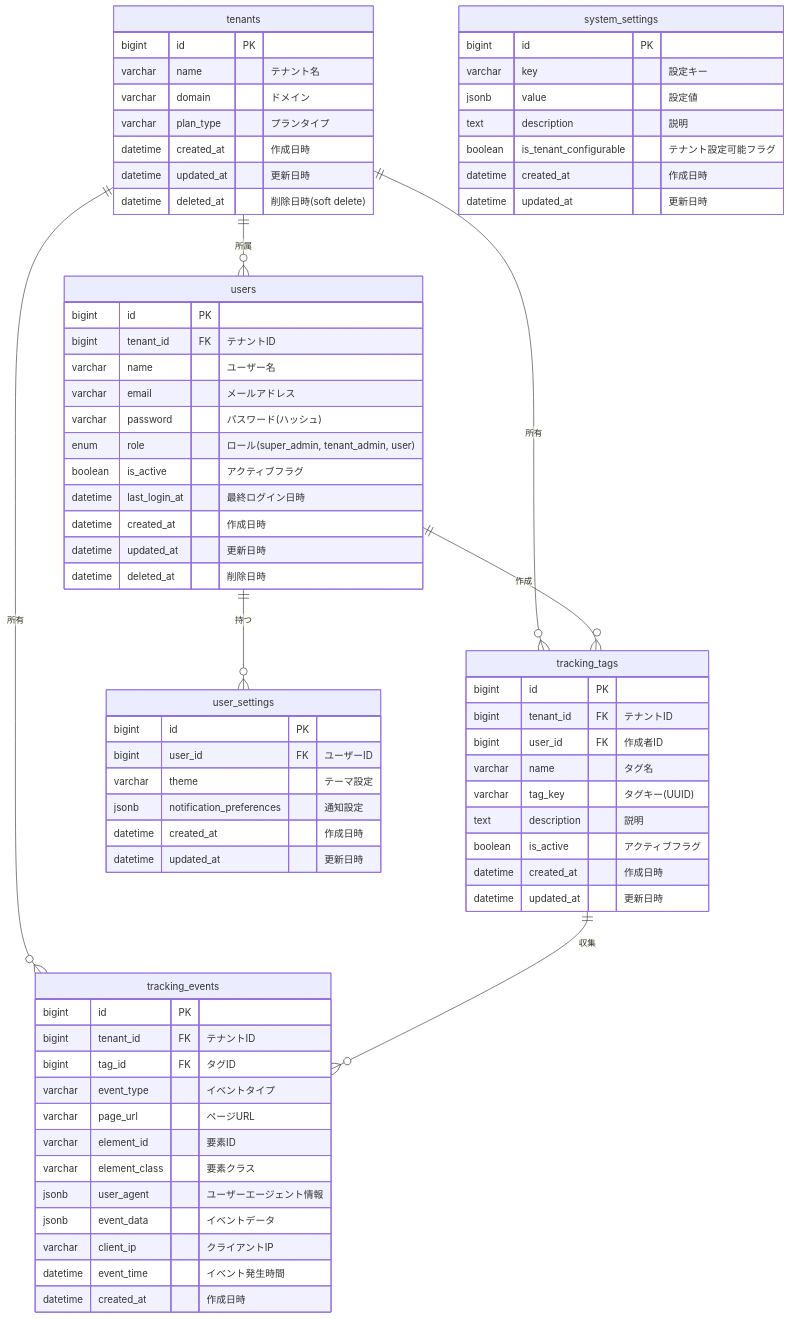
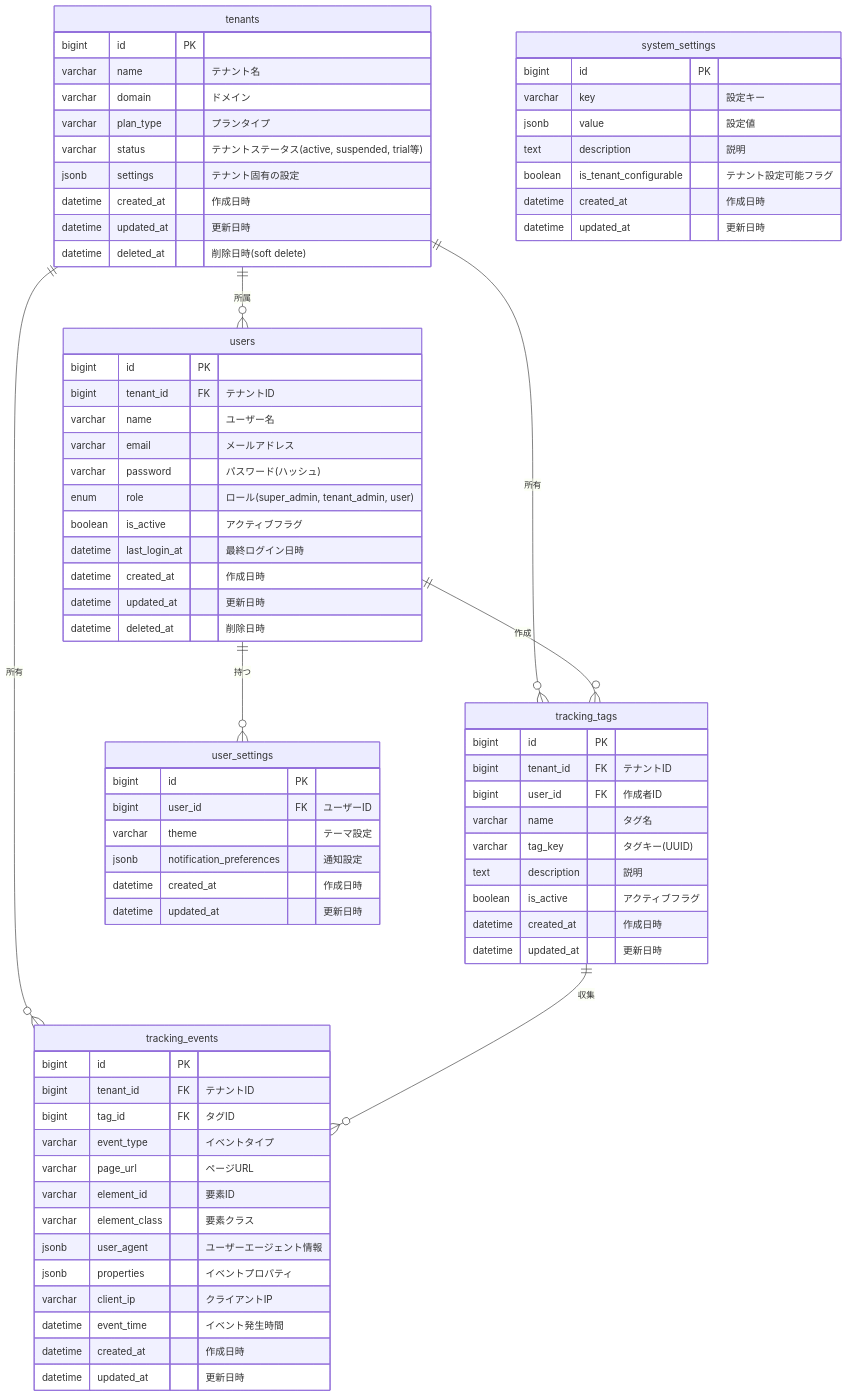
The diagram in docs/startup/d3-2_database-design.md (ryryo/ai-saas-template), drawn with Mermaid before and after one commit. The commit also changed other lines of this file, not shown here.

````diff
--- a/docs/startup/d3-2_database-design.md
+++ b/docs/startup/d3-2_database-design.md
@@ -7,80 +7,83 @@
 ```mermaid
 erDiagram
     tenants ||--o{ users : "所属"
     tenants ||--o{ tracking_tags : "所有"
     tenants ||--o{ tracking_events : "所有"
     users ||--o{ tracking_tags : "作成"
     users ||--o{ user_settings : "持つ"
     tracking_tags ||--o{ tracking_events : "収集"
 
     tenants {
         bigint id PK
         varchar name "テナント名"
         varchar domain "ドメイン"
         varchar plan_type "プランタイプ"
+        varchar status "テナントステータス(active, suspended, trial等)"
+        jsonb settings "テナント固有の設定"
         datetime created_at "作成日時"
         datetime updated_at "更新日時"
         datetime deleted_at "削除日時(soft delete)" 
     }
 
     users {
         bigint id PK
         bigint tenant_id FK "テナントID"
         varchar name "ユーザー名"
         varchar email "メールアドレス" 
         varchar password "パスワード(ハッシュ)"
         enum role "ロール(super_admin, tenant_admin, user)"
         boolean is_active "アクティブフラグ"
         datetime last_login_at "最終ログイン日時"
         datetime created_at "作成日時"
         datetime updated_at "更新日時"
         datetime deleted_at "削除日時"
     }
 
     tracking_tags {
         bigint id PK
         bigint tenant_id FK "テナントID"
         bigint user_id FK "作成者ID"
         varchar name "タグ名"
         varchar tag_key "タグキー(UUID)"
         text description "説明"
         boolean is_active "アクティブフラグ"
         datetime created_at "作成日時"
         datetime updated_at "更新日時"
     }
 
     tracking_events {
         bigint id PK
         bigint tenant_id FK "テナントID"
         bigint tag_id FK "タグID"
         varchar event_type "イベントタイプ"
         varchar page_url "ページURL"
         varchar element_id "要素ID"
         varchar element_class "要素クラス"
         jsonb user_agent "ユーザーエージェント情報"
-        jsonb event_data "イベントデータ"
+        jsonb properties "イベントプロパティ"
         varchar client_ip "クライアントIP"
         datetime event_time "イベント発生時間"
         datetime created_at "作成日時"
+        datetime updated_at "更新日時"
     }
 
     user_settings {
         bigint id PK
         bigint user_id FK "ユーザーID"
         varchar theme "テーマ設定"
         jsonb notification_preferences "通知設定"
         datetime created_at "作成日時"
         datetime updated_at "更新日時"
     }
 
     system_settings {
         bigint id PK
         varchar key "設定キー"
         jsonb value "設定値"
         text description "説明"
         boolean is_tenant_configurable "テナント設定可能フラグ"
         datetime created_at "作成日時"
         datetime updated_at "更新日時"
     }
 
 ```
````
